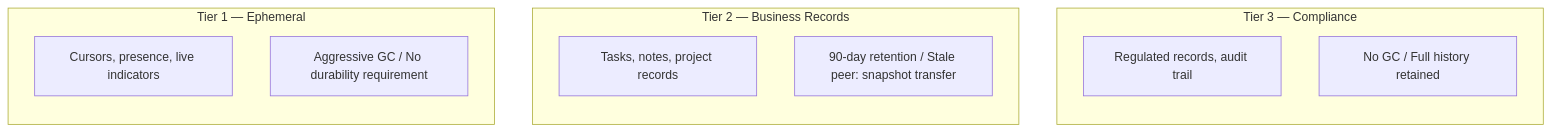
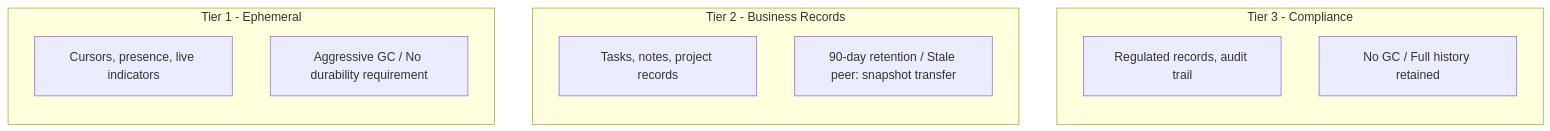
Before and after one commit to Harborline-Software/the-inverted-stack: the first of 2 diagrams in vol-1/part-2-council-reads-the-paper/ch06-distributed-systems-lens.md, drawn with Mermaid. The commit also changed other lines of this file and 376 other files, not shown here.

````diff
--- a/vol-1/part-2-council-reads-the-paper/ch06-distributed-systems-lens.md
+++ b/vol-1/part-2-council-reads-the-paper/ch06-distributed-systems-lens.md
@@ -64,19 +64,19 @@
 ```mermaid
 flowchart LR
-    subgraph T1["Tier 1 — Ephemeral"]
+    subgraph T1["Tier 1 - Ephemeral"]
         direction TB
         E1[Cursors, presence, live indicators]
         E2[Aggressive GC / No durability requirement]
     end
-    subgraph T2["Tier 2 — Business Records"]
+    subgraph T2["Tier 2 - Business Records"]
         direction TB
         B1[Tasks, notes, project records]
         B2[90-day retention / Stale peer: snapshot transfer]
     end
-    subgraph T3["Tier 3 — Compliance"]
+    subgraph T3["Tier 3 - Compliance"]
         direction TB
         C1[Regulated records, audit trail]
         C2[No GC / Full history retained]
     end
     T1 ~~~ T2 ~~~ T3
 ```
````
